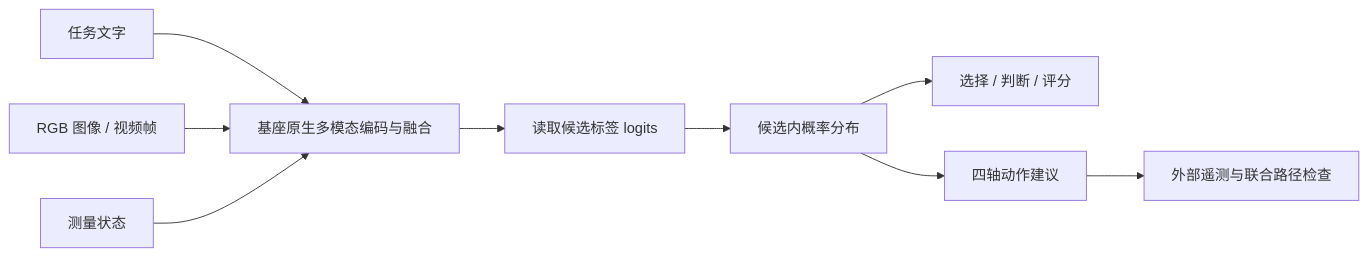
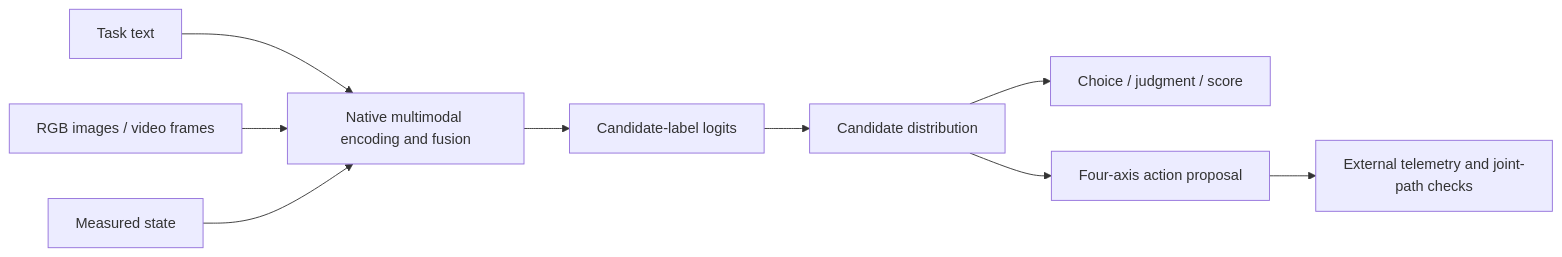
Before and after one commit to maolinqi/multimodal-decision-models: the diagram in README.md, drawn with Mermaid. The commit also changed other lines of this file and 1 other file, not shown here.

````diff
--- a/README.md
+++ b/README.md
@@ -39,11 +41,11 @@
 ```mermaid
 flowchart LR
-    A[任务文字] --> D[基座原生多模态编码与融合]
-    B[RGB 图像 / 视频帧] --> D
-    C[测量状态] --> D
-    D --> E[读取候选标签 logits]
-    E --> F[候选内概率分布]
-    F --> G[选择 / 判断 / 评分]
-    F --> H[四轴动作建议]
-    H --> I[外部遥测与联合路径检查]
+    A[Task text] --> D[Native multimodal encoding and fusion]
+    B[RGB images / video frames] --> D
+    C[Measured state] --> D
+    D --> E[Candidate-label logits]
+    E --> F[Candidate distribution]
+    F --> G[Choice / judgment / score]
+    F --> H[Four-axis action proposal]
+    H --> I[External telemetry and joint-path checks]
 ```
````
